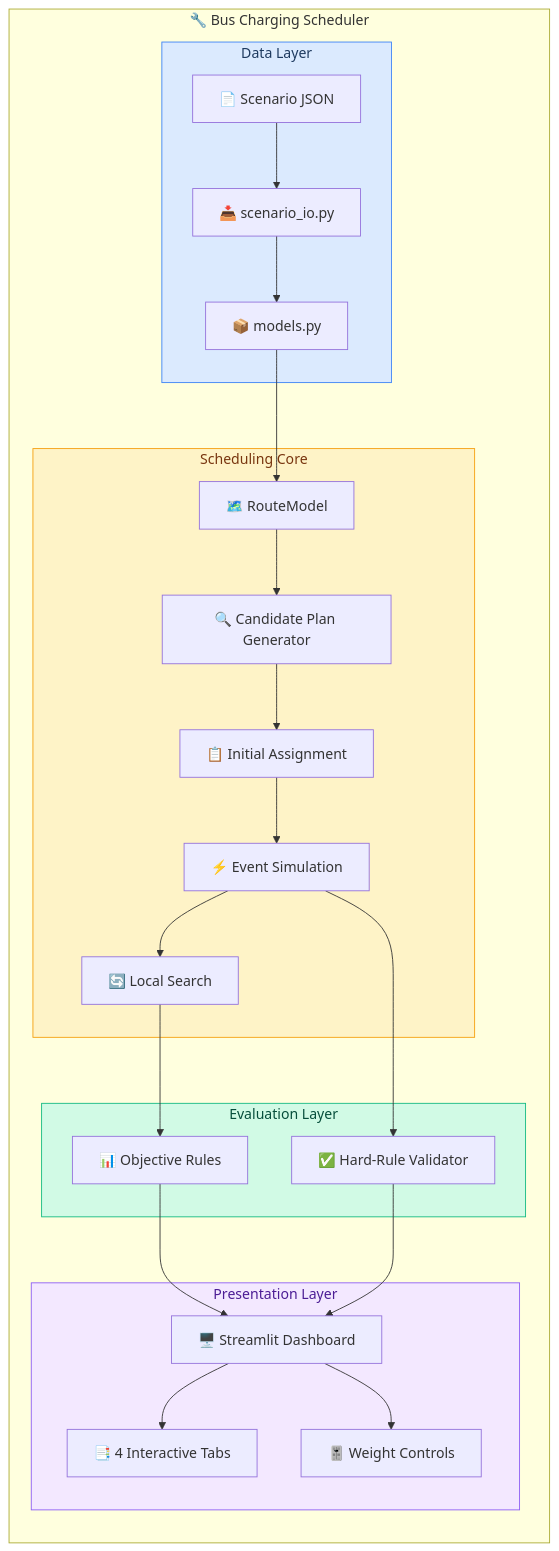
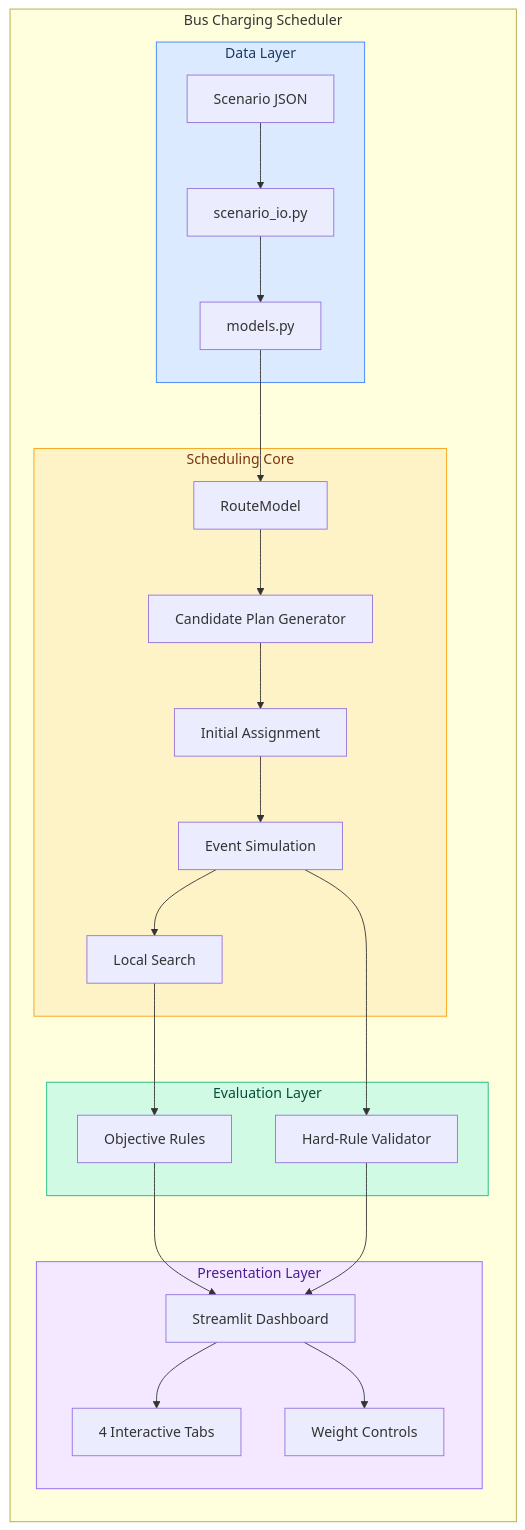
The first of 13 diagrams in ARCHITECTURE.md (mukulgupta11/bus_charging_scheduler), drawn with Mermaid before and after one commit. The commit also changed other lines of this file and 3 other files, not shown here.

````diff
--- a/ARCHITECTURE.md
+++ b/ARCHITECTURE.md
@@ -39,44 +39,44 @@
 ```mermaid
 graph TB
-    subgraph SYSTEM["🔧 Bus Charging Scheduler"]
+    subgraph SYSTEM["Bus Charging Scheduler"]
         direction TB
         subgraph DATA["Data Layer"]
-            JSON["📄 Scenario JSON"]
-            PARSE["📥 scenario_io.py"]
-            MODELS["📦 models.py"]
+            JSON["Scenario JSON"]
+            PARSE["scenario_io.py"]
+            MODELS["models.py"]
         end
 
         subgraph CORE["Scheduling Core"]
-            ROUTE["🗺️ RouteModel"]
-            PLANGEN["🔍 Candidate Plan Generator"]
-            ASSIGN["📋 Initial Assignment"]
-            SIMENG["⚡ Event Simulation"]
-            SEARCH["🔄 Local Search"]
+            ROUTE["RouteModel"]
+            PLANGEN["Candidate Plan Generator"]
+            ASSIGN["Initial Assignment"]
+            SIMENG["Event Simulation"]
+            SEARCH["Local Search"]
         end
 
         subgraph EVAL["Evaluation Layer"]
-            RULES["📊 Objective Rules"]
-            VALIDATOR["✅ Hard-Rule Validator"]
+            RULES["Objective Rules"]
+            VALIDATOR["Hard-Rule Validator"]
         end
 
         subgraph UI["Presentation Layer"]
-            STREAMLIT["🖥️ Streamlit Dashboard"]
-            TABS["📑 4 Interactive Tabs"]
-            SIDEBAR["🎚️ Weight Controls"]
+            STREAMLIT["Streamlit Dashboard"]
+            TABS["4 Interactive Tabs"]
+            SIDEBAR["Weight Controls"]
         end
     end
 
     JSON --> PARSE --> MODELS
     MODELS --> ROUTE --> PLANGEN --> ASSIGN --> SIMENG --> SEARCH
     SEARCH --> RULES
     SIMENG --> VALIDATOR
     RULES --> STREAMLIT
     VALIDATOR --> STREAMLIT
     STREAMLIT --> TABS
     STREAMLIT --> SIDEBAR
 
     style DATA fill:#DBEAFE,stroke:#3B82F6,color:#1E3A5F
     style CORE fill:#FEF3C7,stroke:#F59E0B,color:#78350F
     style EVAL fill:#D1FAE5,stroke:#10B981,color:#064E3B
     style UI fill:#F3E8FF,stroke:#8B5CF6,color:#4C1D95
 ```
````
